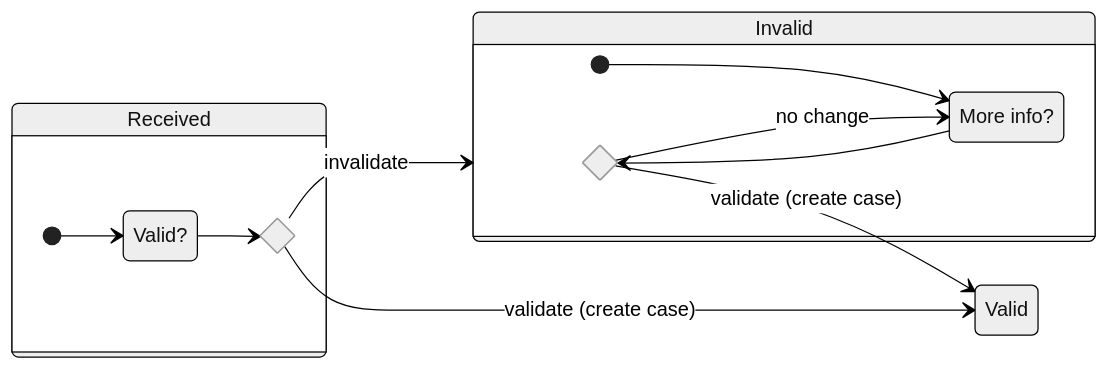
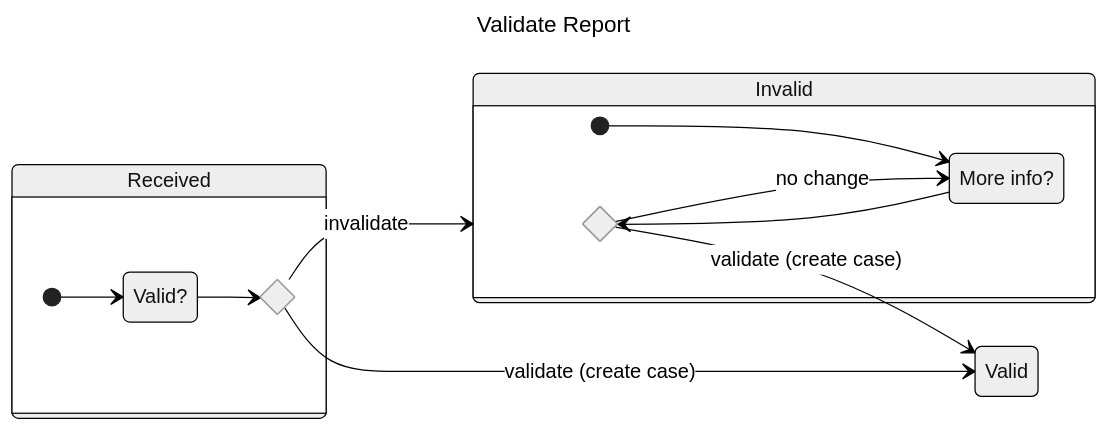
One commit to CERTCC/Vultron changed the second of 5 diagrams in docs/process_models/rm/index.md. Above: the diagram before and after it, drawn with Mermaid (neutral theme). The commit also changed other lines of this file and 4 other files, not shown here.

Commit message:
add some diagram titles

````diff
--- a/docs/process_models/rm/index.md
+++ b/docs/process_models/rm/index.md
@@ -384,20 +387,23 @@
 ```mermaid
+---
+title: Validate Report
+---
 stateDiagram-v2
     direction LR
     state Received {
         state validate <<choice>>
         evaluate: Valid?
         [*] --> evaluate
         evaluate --> validate
     }
     state Invalid {
         state revalidate <<choice>>
         await: More info?
         [*] --> await
         await --> revalidate
         revalidate --> await: no change
     }
     validate --> Valid: validate (create case)
     validate --> Invalid: invalidate
     revalidate --> Valid: validate (create case)
 ```
````
